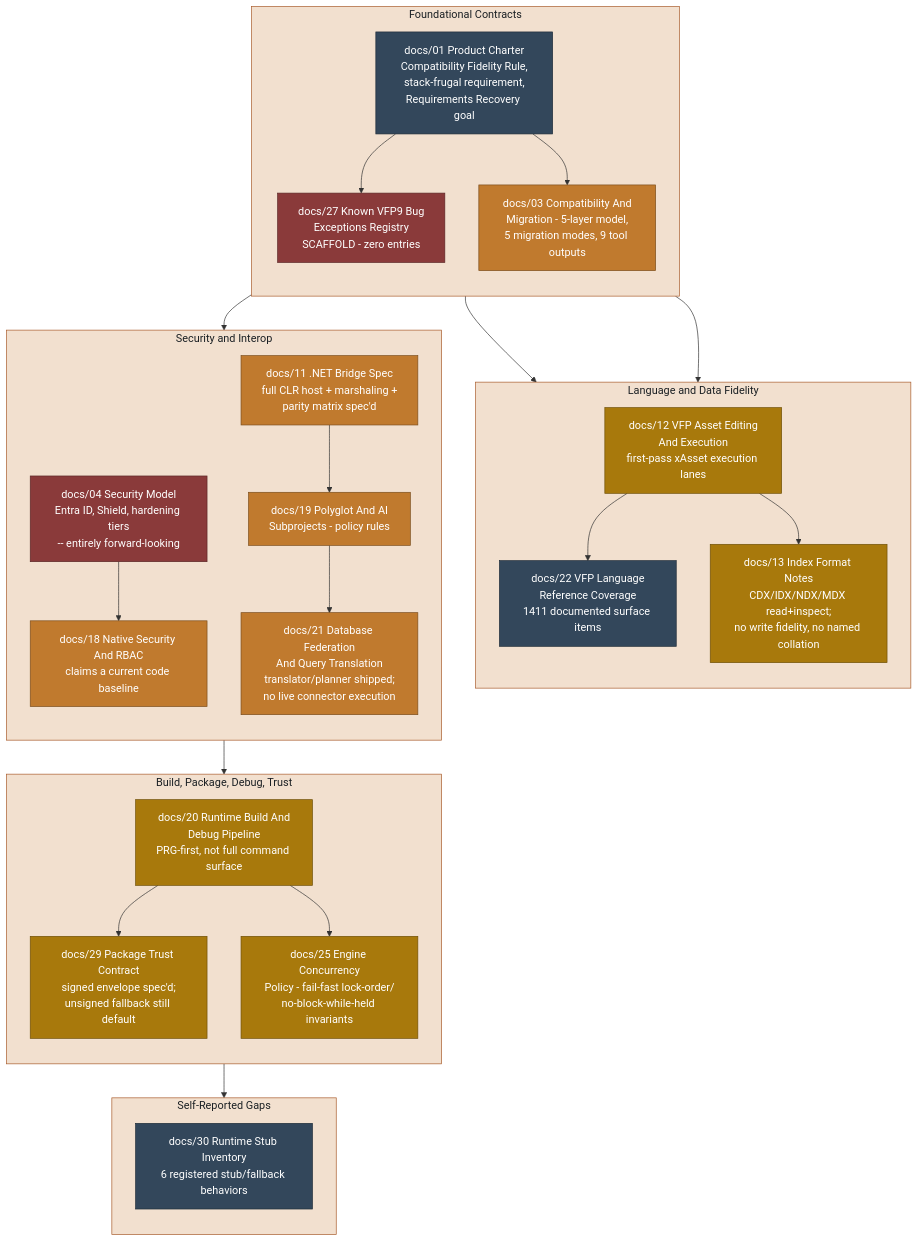
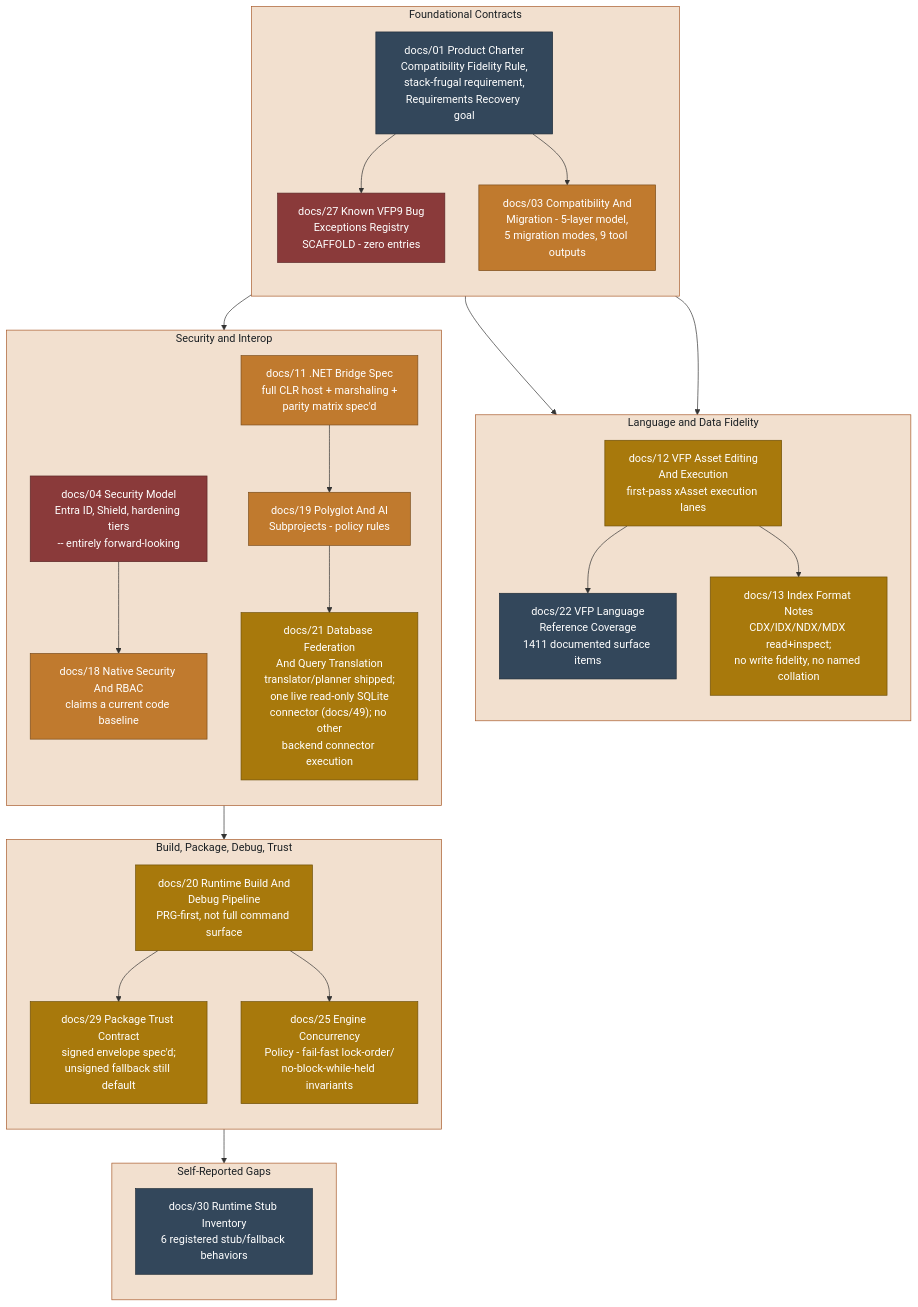
One commit to rhamenator/Project-Copperfin changed the diagram in docs/31-specification-compliance-gap-analysis.md. Above: the diagram before and after it, drawn with Mermaid. The commit also changed other lines of this file and 2 other files, not shown here.

````diff
--- a/docs/31-specification-compliance-gap-analysis.md
+++ b/docs/31-specification-compliance-gap-analysis.md
@@ -36,77 +36,77 @@
 ```mermaid
 flowchart TB
     classDef solid fill:#2f7a52,stroke:#1e5136,color:#ffffff,stroke-width:1px;
     classDef partial fill:#a8790c,stroke:#6e4f07,color:#ffffff,stroke-width:1px;
     classDef seed fill:#c07a2e,stroke:#7a4d1c,color:#ffffff,stroke-width:1px;
     classDef scaffold fill:#8a3a3a,stroke:#5c2626,color:#ffffff,stroke-width:1px;
     classDef narrative fill:#6b7280,stroke:#484d54,color:#ffffff,stroke-width:1px;
     classDef matrix fill:#33475b,stroke:#1f2c38,color:#ffffff,stroke-width:1px;
     classDef lane fill:#f2e0cf,stroke:#a85a2a,color:#1b2024,stroke-width:1px;
 
     subgraph FOUND["Foundational Contracts"]
       direction TB
       CHARTER["docs/01 Product Charter<br/>Compatibility Fidelity Rule,<br/>stack-frugal requirement,<br/>Requirements Recovery goal"]
       KBX["docs/27 Known VFP9 Bug<br/>Exceptions Registry<br/>SCAFFOLD - zero entries"]
       COMPAT["docs/03 Compatibility And<br/>Migration - 5-layer model,<br/>5 migration modes, 9 tool outputs"]
     end
 
     subgraph LANG["Language and Data Fidelity"]
       direction TB
       LANGCOV["docs/22 VFP Language<br/>Reference Coverage<br/>1411 documented surface items"]
       IDXFMT["docs/13 Index Format Notes<br/>CDX/IDX/NDX/MDX read+inspect;<br/>no write fidelity, no named collation"]
       ASSETEDIT["docs/12 VFP Asset Editing<br/>And Execution<br/>first-pass xAsset execution lanes"]
     end
 
     subgraph PIPE["Build, Package, Debug, Trust"]
       direction TB
       PIPELINE["docs/20 Runtime Build And<br/>Debug Pipeline<br/>PRG-first, not full command surface"]
       TRUST["docs/29 Package Trust Contract<br/>signed envelope spec'd;<br/>unsigned fallback still default"]
       CONCURRENCY["docs/25 Engine Concurrency<br/>Policy - fail-fast lock-order/<br/>no-block-while-held invariants"]
     end
 
     subgraph SEC["Security and Interop"]
       direction TB
       SECMODEL["docs/04 Security Model<br/>Entra ID, Shield, hardening tiers<br/>-- entirely forward-looking"]
       RBAC["docs/18 Native Security And RBAC<br/>claims a current code baseline"]
       DOTNET["docs/11 .NET Bridge Spec<br/>full CLR host + marshaling +<br/>parity matrix spec'd"]
       POLYGLOT["docs/19 Polyglot And AI<br/>Subprojects - policy rules"]
-      FEDERATION["docs/21 Database Federation<br/>And Query Translation<br/>translator/planner shipped;<br/>no live connector execution"]
+      FEDERATION["docs/21 Database Federation<br/>And Query Translation<br/>translator/planner shipped;<br/>one live read-only SQLite<br/>connector (docs/49); no other<br/>backend connector execution"]
     end
 
     subgraph STUBS["Self-Reported Gaps"]
       direction TB
       STUBINV["docs/30 Runtime Stub Inventory<br/>6 registered stub/fallback behaviors"]
     end
 
     CHARTER --> KBX
     CHARTER --> COMPAT
     CHARTER --> LANGCOV
     COMPAT --> ASSETEDIT
     ASSETEDIT --> IDXFMT
     ASSETEDIT --> LANGCOV
     PIPELINE --> TRUST
     PIPELINE --> CONCURRENCY
     PIPELINE --> STUBINV
     SECMODEL --> RBAC
     RBAC --> TRUST
     DOTNET --> POLYGLOT
     POLYGLOT --> FEDERATION
     CHARTER --> DOTNET
 
     class CHARTER matrix;
     class KBX scaffold;
     class COMPAT seed;
     class LANGCOV matrix;
     class IDXFMT partial;
     class ASSETEDIT partial;
     class PIPELINE partial;
     class TRUST partial;
     class CONCURRENCY partial;
     class SECMODEL scaffold;
     class RBAC seed;
     class DOTNET seed;
     class POLYGLOT seed;
-    class FEDERATION seed;
+    class FEDERATION partial;
     class STUBINV matrix;
     class FOUND,LANG,PIPE,SEC,STUBS lane;
 ```
````
